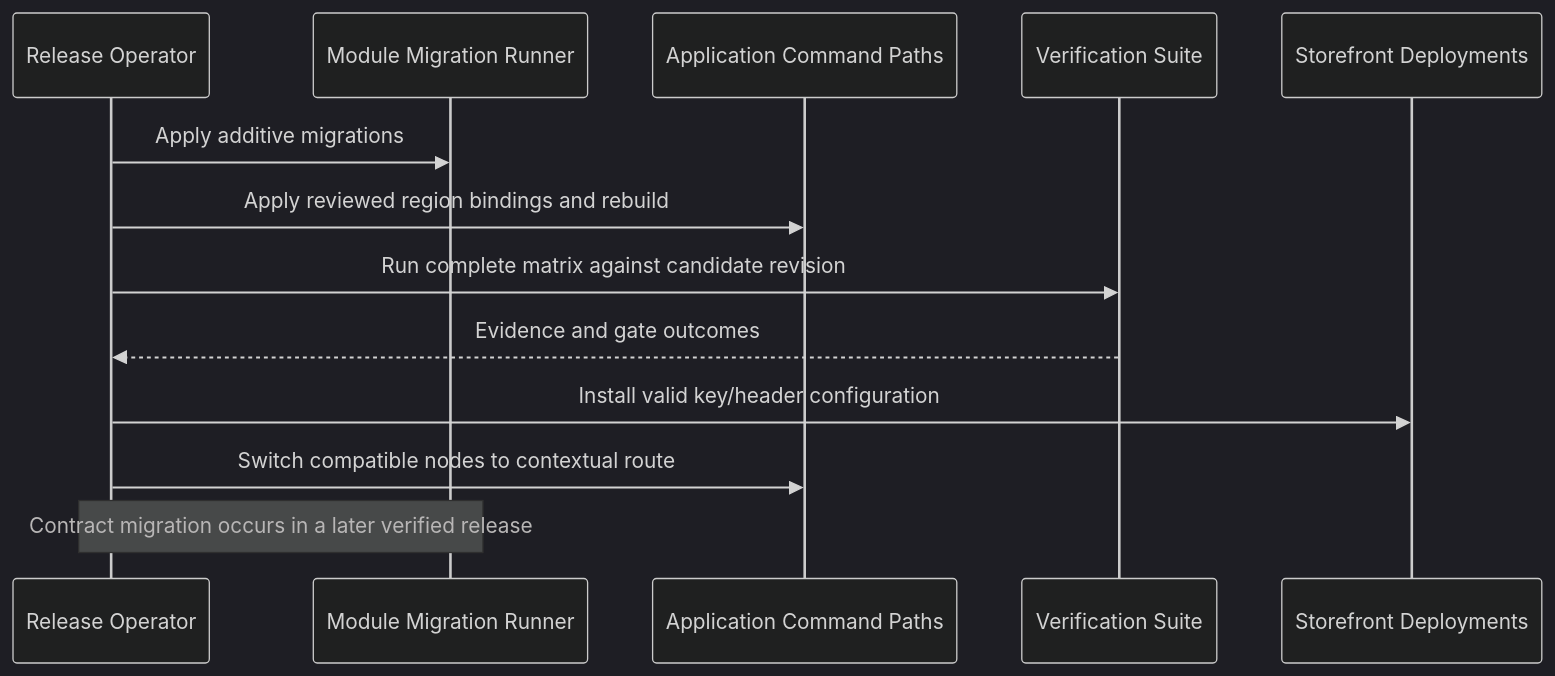
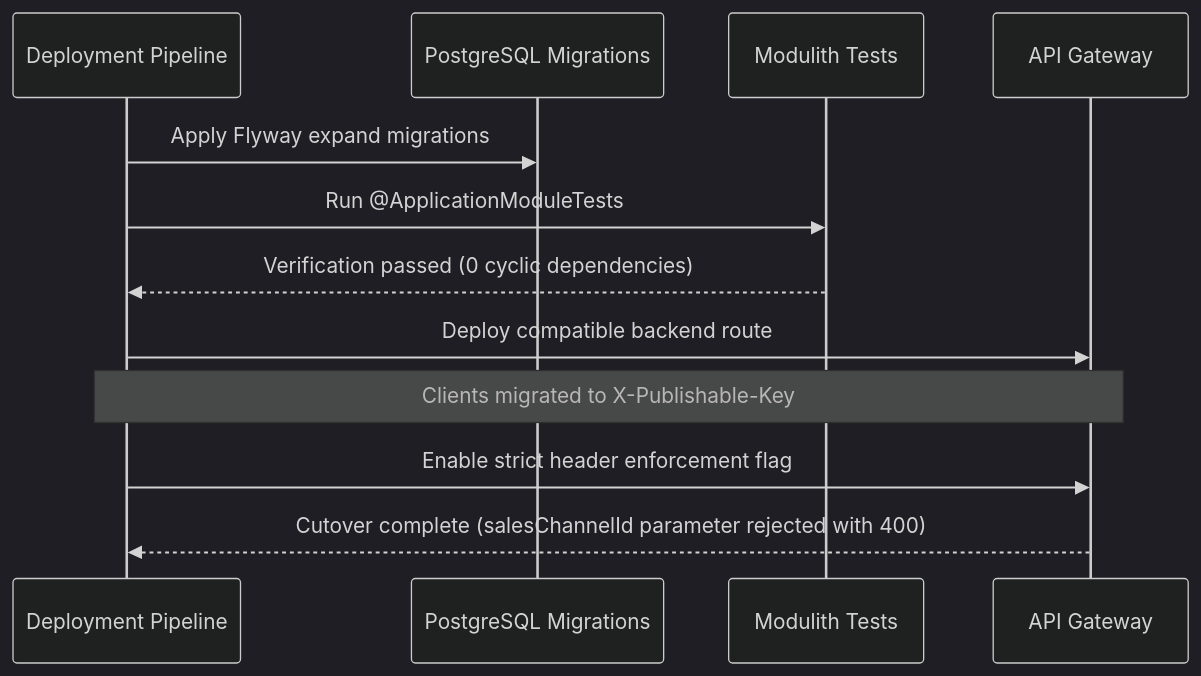
One commit to khinemyaezin/grab changed the fourth of 4 diagrams in docs/spec/system/contextual-discovery-rollout-tech-spec.md. Above: the diagram before and after it, drawn with Mermaid (dark theme). The commit also changed other lines of this file and 22 other files, not shown here.

````diff
--- a/docs/spec/system/contextual-discovery-rollout-tech-spec.md
+++ b/docs/spec/system/contextual-discovery-rollout-tech-spec.md
@@ -78,15 +105,15 @@
 ```mermaid
 sequenceDiagram
-    participant Release as Release Operator
-    participant Schema as Module Migration Runner
-    participant App as Application Command Paths
-    participant Checks as Verification Suite
-    participant Clients as Storefront Deployments
-    Release->>Schema: Apply additive migrations
-    Release->>App: Apply reviewed region bindings and rebuild
-    Release->>Checks: Run complete matrix against candidate revision
-    Checks-->>Release: Evidence and gate outcomes
-    Release->>Clients: Install valid key/header configuration
-    Release->>App: Switch compatible nodes to contextual route
-    Note over Release,Schema: Contract migration occurs in a later verified release
+    participant Pipeline as Deployment Pipeline
+    participant DB as PostgreSQL Migrations
+    participant Modulith as Modulith Tests
+    participant Gateway as API Gateway
+
+    Pipeline->>DB: Apply Flyway expand migrations
+    Pipeline->>Modulith: Run @ApplicationModuleTests
+    Modulith-->>Pipeline: Verification passed (0 cyclic dependencies)
+    Pipeline->>Gateway: Deploy compatible backend route
+    Note over Pipeline,Gateway: Clients migrated to X-Publishable-Key
+    Pipeline->>Gateway: Enable strict header enforcement flag
+    Gateway-->>Pipeline: Cutover complete (salesChannelId parameter rejected with 400)
 ```
````
